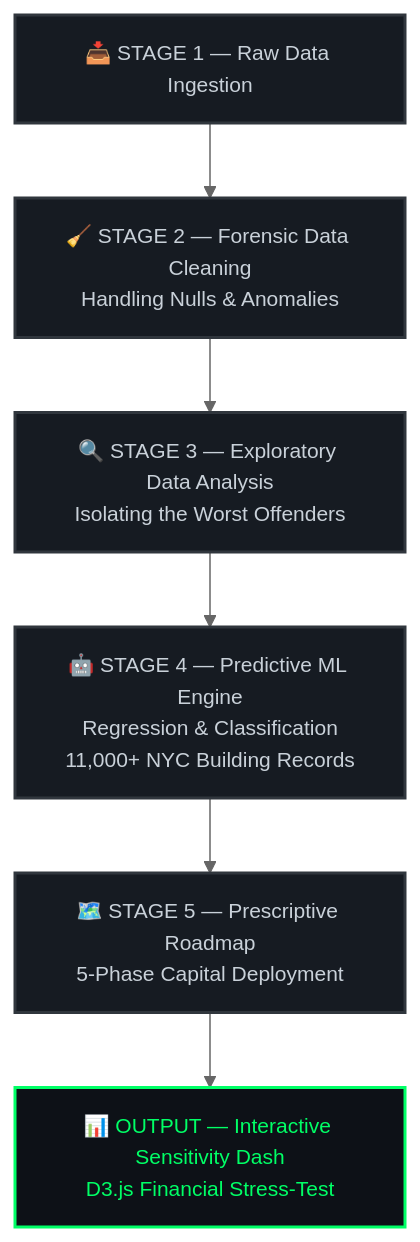
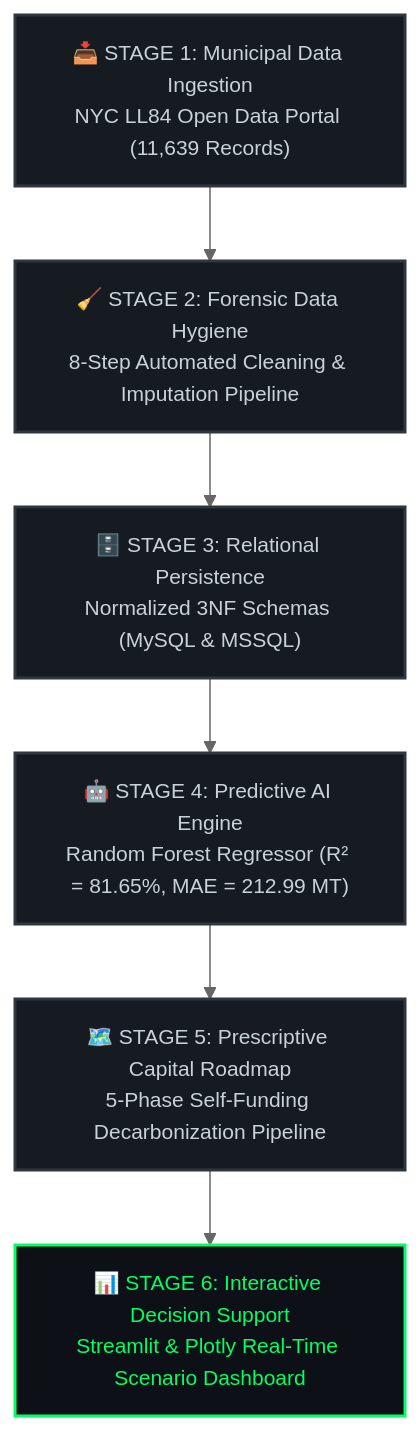
The diagram in README.md (Huda-Amr/carbon-heist-mitigation), drawn with Mermaid (neutral theme) before and after one commit. The commit also changed other lines of this file, not shown here.

````diff
--- a/README.md
+++ b/README.md
@@ -94,11 +104,11 @@
 ```mermaid
 flowchart TD
-    A["📥 STAGE 1 — Raw Data Ingestion"]:::stage --> B["🧹 STAGE 2 — Forensic Data Cleaning\nHandling Nulls & Anomalies"]:::stage
-    B --> C["🔍 STAGE 3 — Exploratory Data Analysis\nIsolating the Worst Offenders"]:::stage
-    C --> D["🤖 STAGE 4 — Predictive ML Engine\nRegression & Classification\n11,000+ NYC Building Records"]:::stage
-    D --> E["🗺️ STAGE 5 — Prescriptive Roadmap\n5-Phase Capital Deployment"]:::stage
-    E --> F["📊 OUTPUT — Interactive Sensitivity Dash\nD3.js Financial Stress-Test"]:::output
+    A["📥 STAGE 1: Municipal Data Ingestion\nNYC LL84 Open Data Portal (11,639 Records)"]:::stage --> B["🧹 STAGE 2: Forensic Data Hygiene\n8-Step Automated Cleaning & Imputation Pipeline"]:::stage
+    B --> C["🗄️ STAGE 3: Relational Persistence\nNormalized 3NF Schemas (MySQL & MSSQL)"]:::stage
+    C --> D["🤖 STAGE 4: Predictive AI Engine\nRandom Forest Regressor (R² = 81.65%, MAE = 212.99 MT)"]:::stage
+    D --> E["🗺️ STAGE 5: Prescriptive Capital Roadmap\n5-Phase Self-Funding Decarbonization Pipeline"]:::stage
+    E --> F["📊 STAGE 6: Interactive Decision Support\nStreamlit & Plotly Real-Time Scenario Dashboard"]:::output
 
     classDef stage fill:#161B22,stroke:#30363D,stroke-width:2px,color:#C9D1D9,font-size:14px
     classDef output fill:#0D1117,stroke:#00FF66,stroke-width:2px,color:#00FF66,font-size:14px
 ```
````
